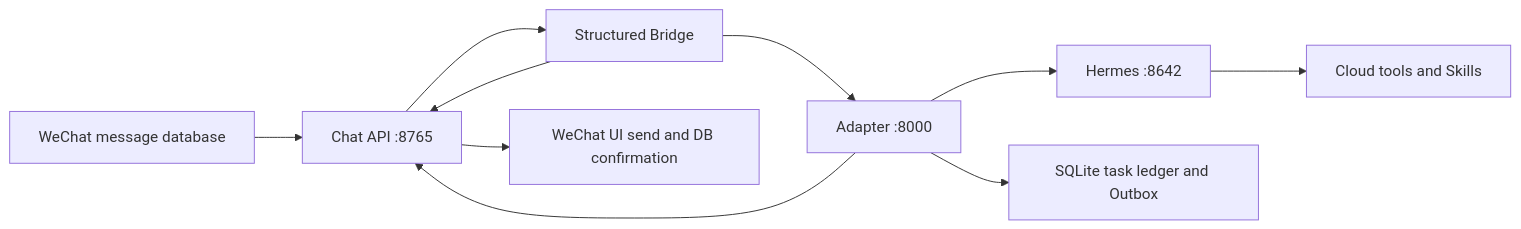
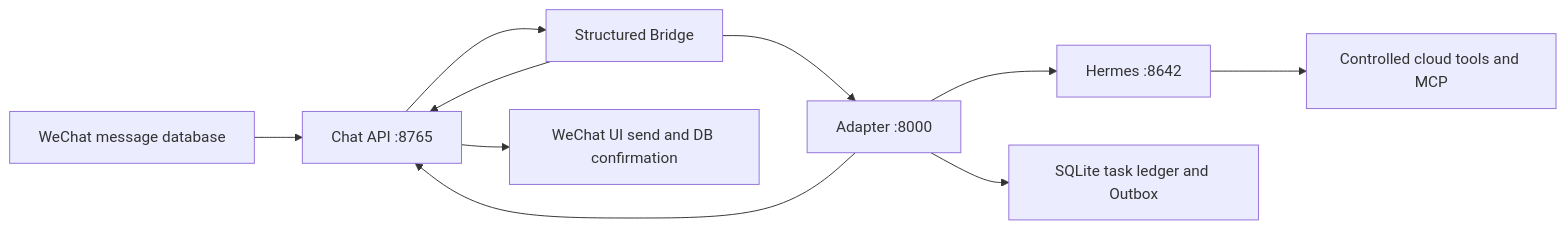
The diagram in README.md (hepderen/wechat-hermes-agent), drawn with Mermaid before and after one commit. The commit also changed other lines of this file and 39 other files, not shown here.

Commit message:
refactor: remove Hermes skills runtime

````diff
--- a/README.md
+++ b/README.md
@@ -24,12 +25,12 @@
 ```mermaid
 flowchart LR
     WXDB["WeChat message database"] --> API["Chat API :8765"]
     API --> BRIDGE["Structured Bridge"]
     BRIDGE --> ADAPTER["Adapter :8000"]
     ADAPTER --> HERMES["Hermes :8642"]
-    HERMES --> TOOLS["Cloud tools and Skills"]
+    HERMES --> TOOLS["Controlled cloud tools and MCP"]
     BRIDGE --> API
     ADAPTER --> API
     API --> WXUI["WeChat UI send and DB confirmation"]
     ADAPTER --> STATE["SQLite task ledger and Outbox"]
 ```
````
